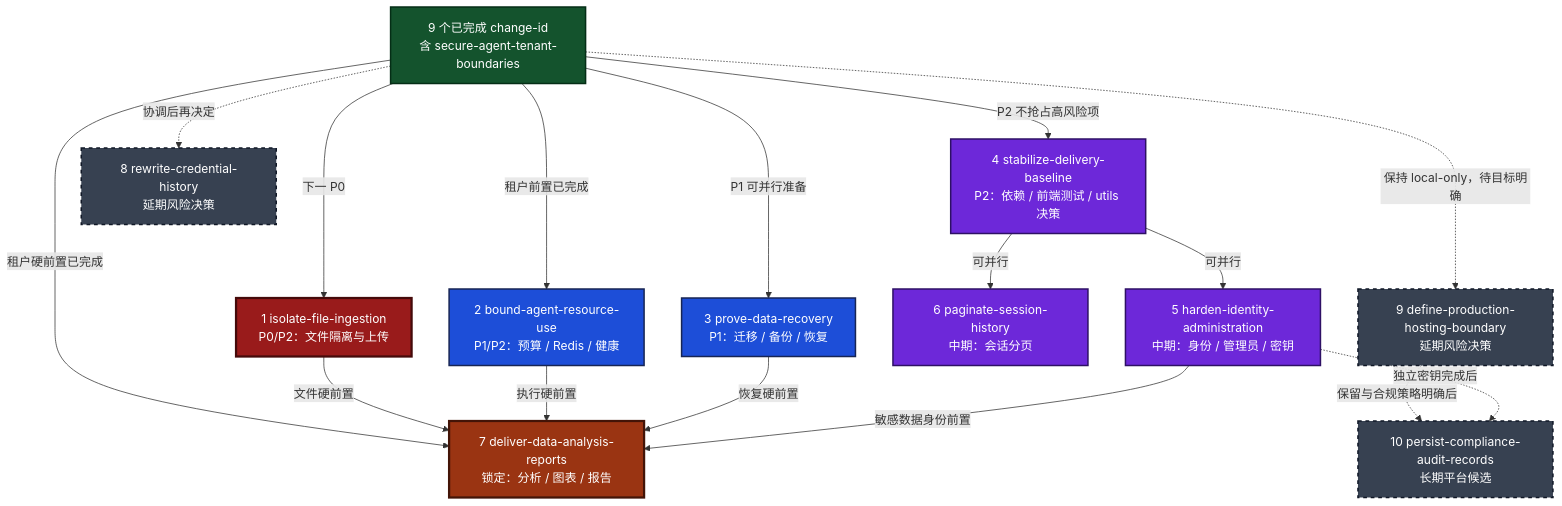
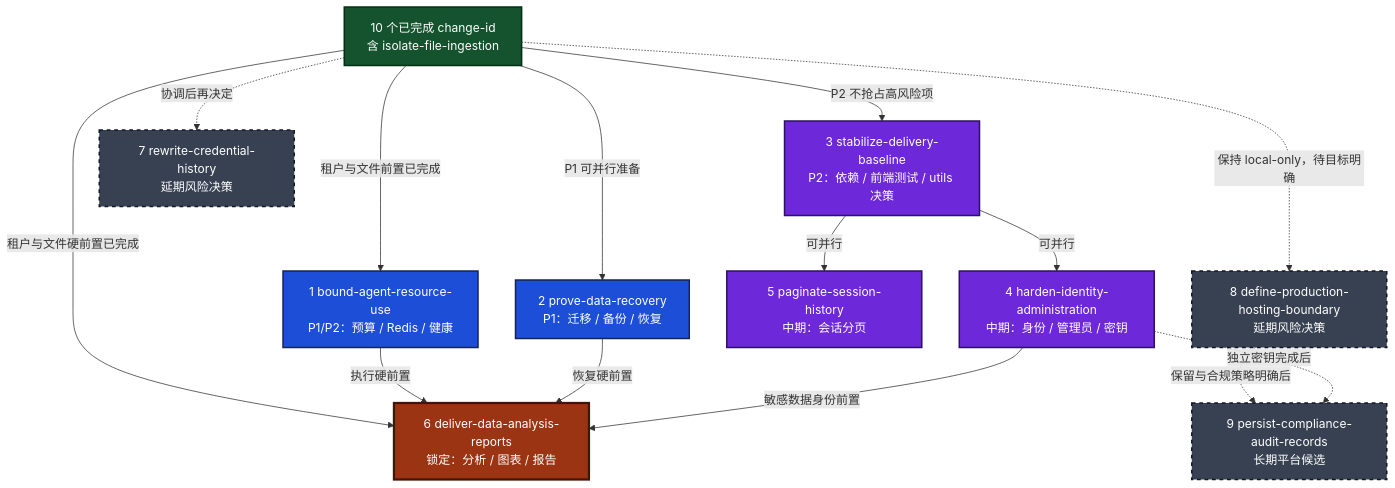
Before and after one commit to jwj911/deep_data_agent: the diagram in .trae/documents/roadmap.md, drawn with Mermaid. The commit also changed other lines of this file and 40 other files, not shown here.

Commit message:
feat: isolate managed file ingestion

````diff
--- a/.trae/documents/roadmap.md
+++ b/.trae/documents/roadmap.md
@@ -54,43 +55,40 @@
 ```mermaid
 flowchart TD
-    DONE["9 个已完成 change-id<br/>含 secure-agent-tenant-boundaries"]:::completed
+    DONE["10 个已完成 change-id<br/>含 isolate-file-ingestion"]:::completed
 
-    FILE["1 isolate-file-ingestion<br/>P0/P2：文件隔离与上传"]:::critical
-    BUDGET["2 bound-agent-resource-use<br/>P1/P2：预算 / Redis / 健康"]:::parallel
-    RECOVERY["3 prove-data-recovery<br/>P1：迁移 / 备份 / 恢复"]:::parallel
-    BASE["4 stabilize-delivery-baseline<br/>P2：依赖 / 前端测试 / utils 决策"]:::medium
+    BUDGET["1 bound-agent-resource-use<br/>P1/P2：预算 / Redis / 健康"]:::parallel
+    RECOVERY["2 prove-data-recovery<br/>P1：迁移 / 备份 / 恢复"]:::parallel
+    BASE["3 stabilize-delivery-baseline<br/>P2：依赖 / 前端测试 / utils 决策"]:::medium
 
-    IDENTITY["5 harden-identity-administration<br/>中期：身份 / 管理员 / 密钥"]:::medium
-    PAGE["6 paginate-session-history<br/>中期：会话分页"]:::medium
-    ANALYSIS["7 deliver-data-analysis-reports<br/>锁定：分析 / 图表 / 报告"]:::locked
+    IDENTITY["4 harden-identity-administration<br/>中期：身份 / 管理员 / 密钥"]:::medium
+    PAGE["5 paginate-session-history<br/>中期：会话分页"]:::medium
+    ANALYSIS["6 deliver-data-analysis-reports<br/>锁定：分析 / 图表 / 报告"]:::locked
 
-    HISTORY["8 rewrite-credential-history<br/>延期风险决策"]:::deferred
-    HOSTING["9 define-production-hosting-boundary<br/>延期风险决策"]:::deferred
-    AUDIT["10 persist-compliance-audit-records<br/>长期平台候选"]:::deferred
+    HISTORY["7 rewrite-credential-history<br/>延期风险决策"]:::deferred
+    HOSTING["8 define-production-hosting-boundary<br/>延期风险决策"]:::deferred
+    AUDIT["9 persist-compliance-audit-records<br/>长期平台候选"]:::deferred
 
-    DONE -->|下一 P0| FILE
-    DONE -->|租户前置已完成| BUDGET
+    DONE -->|租户与文件前置已完成| BUDGET
     DONE -->|P1 可并行准备| RECOVERY
     DONE -->|P2 不抢占高风险项| BASE
 
     BASE -->|可并行| IDENTITY
     BASE -->|可并行| PAGE
 
-    DONE -->|租户硬前置已完成| ANALYSIS
-    FILE -->|文件硬前置| ANALYSIS
+    DONE -->|租户与文件硬前置已完成| ANALYSIS
     BUDGET -->|执行硬前置| ANALYSIS
     RECOVERY -->|恢复硬前置| ANALYSIS
     IDENTITY -->|敏感数据身份前置| ANALYSIS
 
     DONE -.->|协调后再决定| HISTORY
     DONE -.->|保持 local-only，待目标明确| HOSTING
     HOSTING -.->|保留与合规策略明确后| AUDIT
     IDENTITY -.->|独立密钥完成后| AUDIT
 
     classDef completed fill:#14532d,color:#ffffff,stroke:#052e16,stroke-width:2px;
     classDef critical fill:#991b1b,color:#ffffff,stroke:#450a0a,stroke-width:3px;
     classDef parallel fill:#1d4ed8,color:#ffffff,stroke:#172554,stroke-width:2px;
     classDef medium fill:#6d28d9,color:#ffffff,stroke:#2e1065,stroke-width:2px;
     classDef locked fill:#9a3412,color:#ffffff,stroke:#431407,stroke-width:3px;
     classDef deferred fill:#374151,color:#ffffff,stroke:#111827,stroke-width:2px,stroke-dasharray:5 5;
 ```
````
